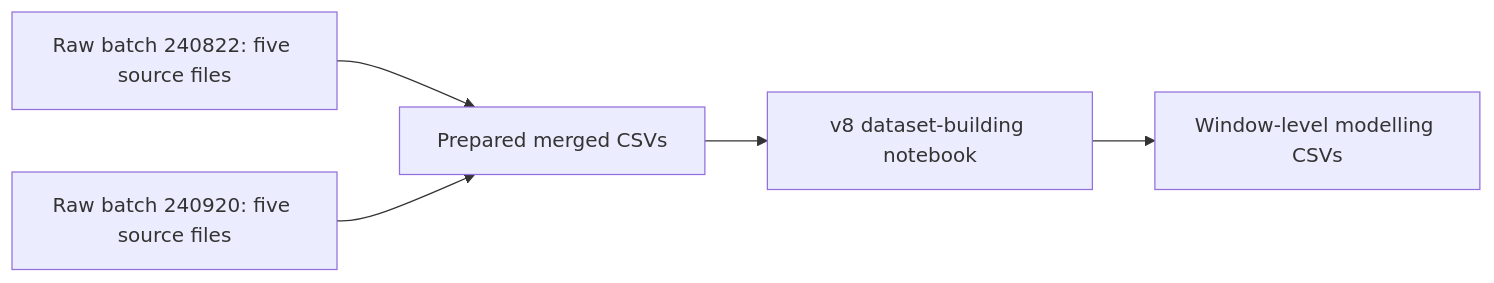
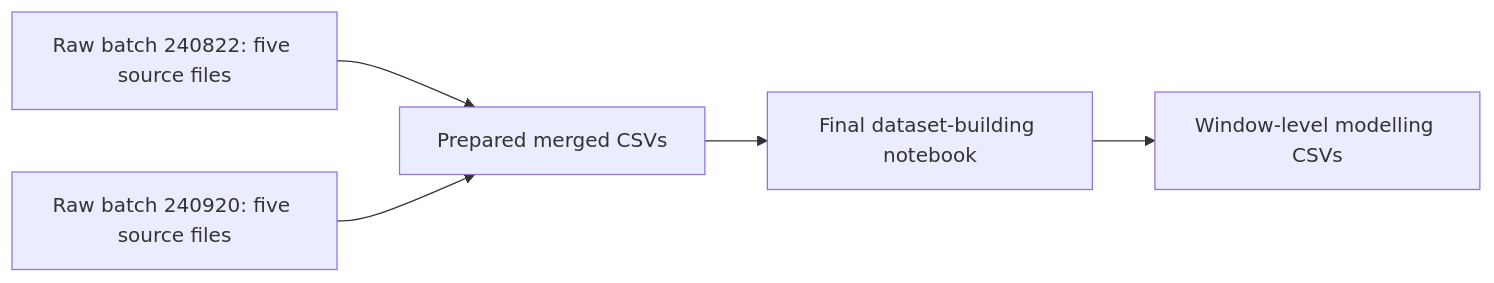
The first of 4 diagrams in README.md (azusahanabi/CGH-Project-Early-Deterioration-Prediction-Dataset-creation), drawn with Mermaid before and after one commit. The commit also changed other lines of this file, not shown here.

````diff
--- a/README.md
+++ b/README.md
@@ -83,7 +83,7 @@
 ```mermaid
 flowchart LR
     A["Raw batch 240822: five source files"] --> C["Prepared merged CSVs"]
     B["Raw batch 240920: five source files"] --> C
-    C --> D["v8 dataset-building notebook"]
+    C --> D["Final dataset-building notebook"]
     D --> E["Window-level modelling CSVs"]
 ```
````
